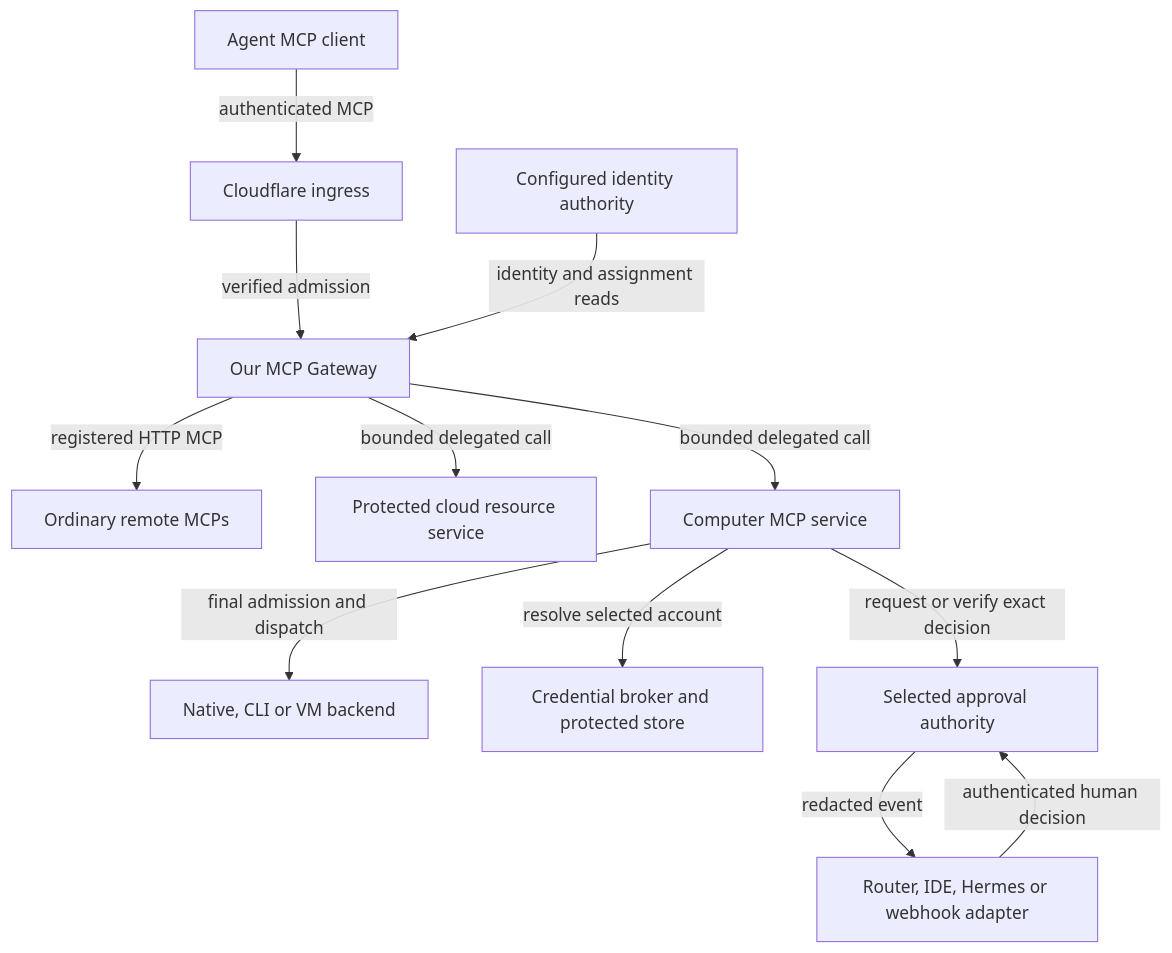
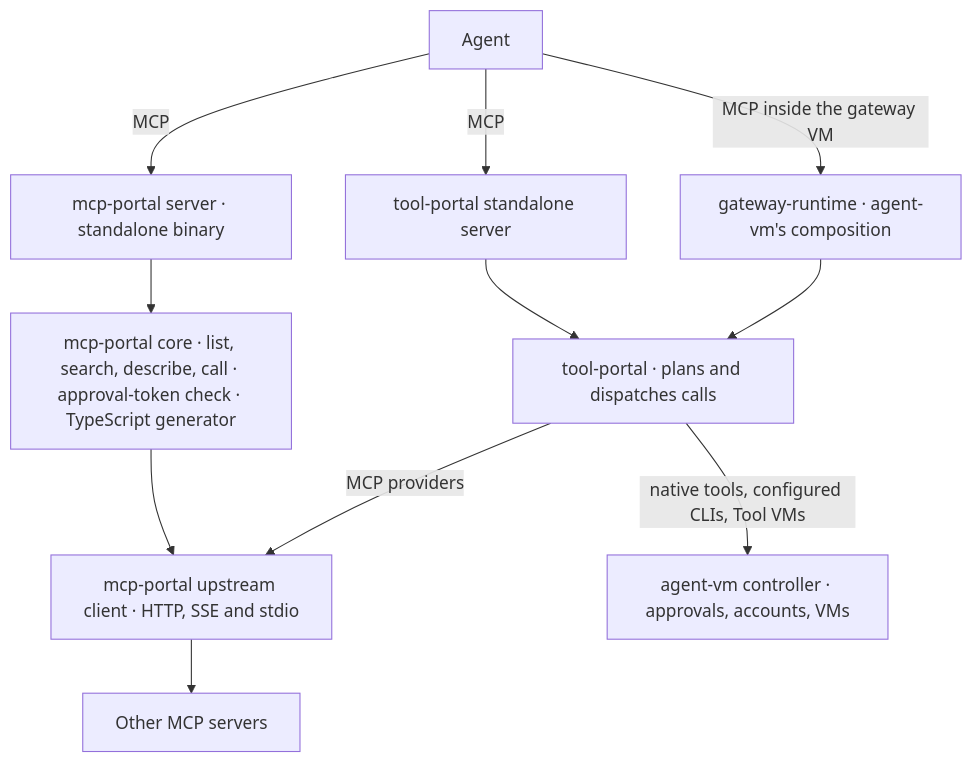
Before and after one commit to ShravanSunder/agent-vm: the first of 3 diagrams in docs/specs/2026-10-14-portable-tool-portal-hosts/program-design.md, drawn with Mermaid. The commit also changed other lines of this file and 78 other files, not shown here.

First line of the commit message:
Prune Tool Portal design to the core decomposition

````diff
--- a/docs/specs/2026-10-14-portable-tool-portal-hosts/program-design.md
+++ b/docs/specs/2026-10-14-portable-tool-portal-hosts/program-design.md
@@ -13,14 +15,13 @@
 ```mermaid
 flowchart TB
-  Agent[Agent MCP client] -->|authenticated MCP| Edge[Cloudflare ingress]
-  Edge -->|verified admission| Gateway[Our MCP Gateway]
-  Identity[Configured identity authority] -->|identity and assignment reads| Gateway
-  Gateway -->|registered HTTP MCP| Public[Ordinary remote MCPs]
-  Gateway -->|bounded delegated call| Sensitive[Protected cloud resource service]
-  Gateway -->|bounded delegated call| Computer[Computer MCP service]
-  Computer -->|final admission and dispatch| Executor[Native, CLI or VM backend]
-  Computer -->|resolve selected account| Secrets[Credential broker and protected store]
-  Computer -->|request or verify exact decision| Approval[Selected approval authority]
-  Approval -->|redacted event| Presenter[Router, IDE, Hermes or webhook adapter]
-  Presenter -->|authenticated human decision| Approval
+  Agent[Agent] -->|MCP| Proxy[mcp-portal server · standalone binary]
+  Agent -->|MCP| TPS[tool-portal standalone server]
+  Agent -->|MCP inside the gateway VM| GR[gateway-runtime · agent-vm's composition]
+  TPS --> TP
+  Proxy --> Core[mcp-portal core · list, search, describe, call · approval-token check · TypeScript generator]
+  Core --> Up[mcp-portal upstream client · HTTP, SSE and stdio]
+  GR --> TP[tool-portal · plans and dispatches calls]
+  TP -->|MCP providers| Up
+  TP -->|native tools, configured CLIs, Tool VMs| Ctl[agent-vm controller · approvals, accounts, VMs]
+  Up --> Servers[Other MCP servers]
 ```
````
